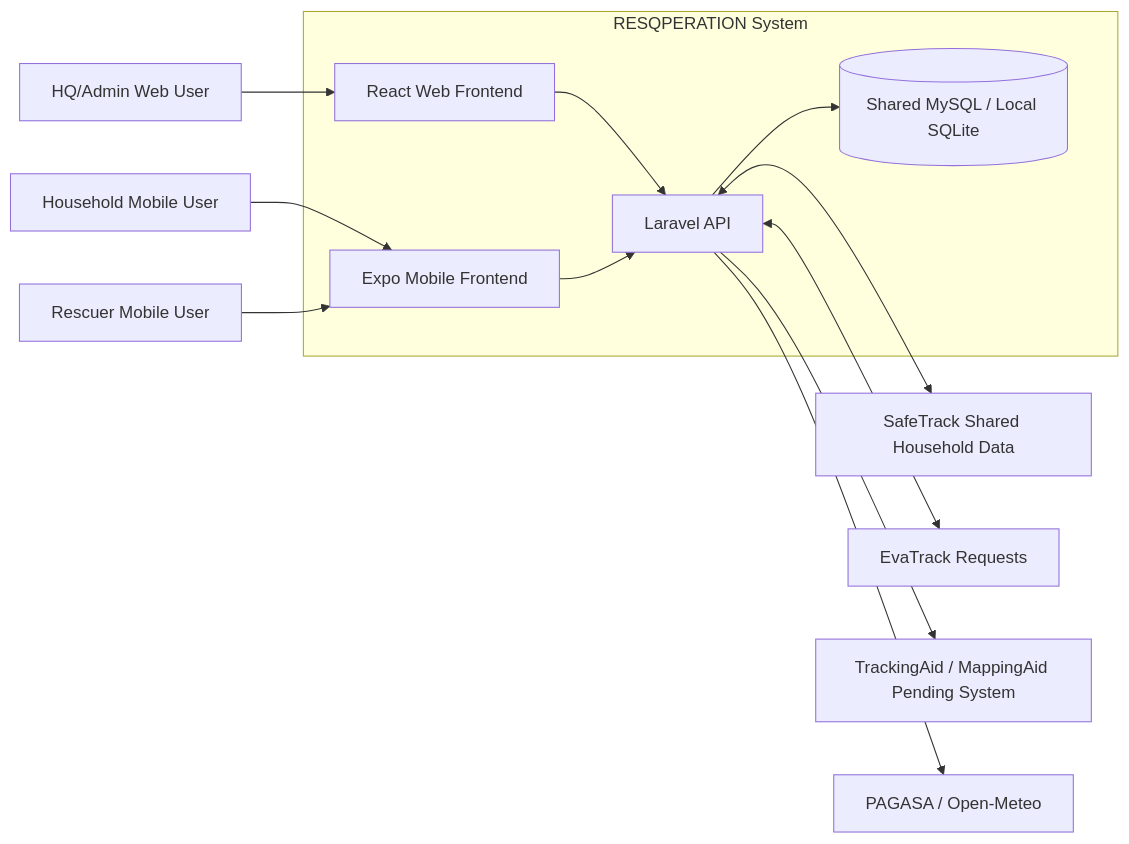
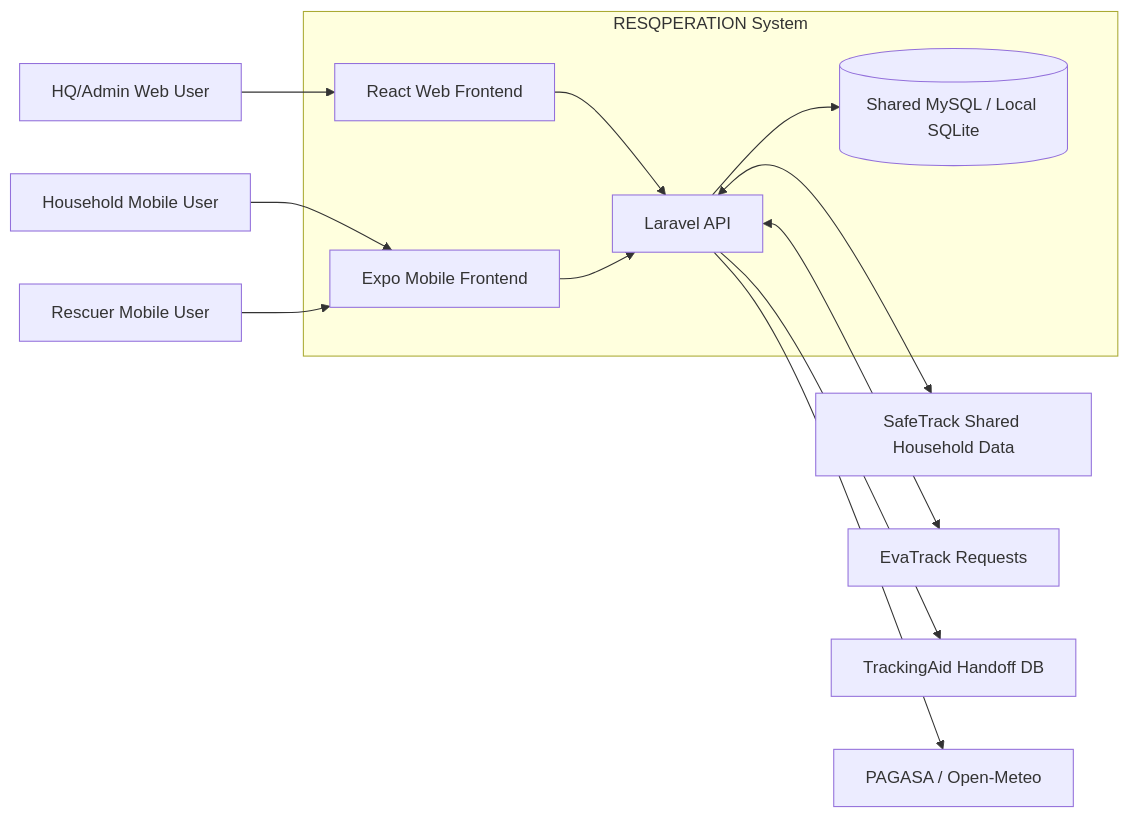
One commit to pyunpyunn/G10-CAPSTONE changed the second of 11 diagrams in docs/RESQPERATION_FINAL_DEFENSE_STUDY_GUIDE_AND_DIAGRAMS.md. Above: the diagram before and after it, drawn with Mermaid. The commit also changed other lines of this file and 85 other files, not shown here.

````diff
--- a/docs/RESQPERATION_FINAL_DEFENSE_STUDY_GUIDE_AND_DIAGRAMS.md
+++ b/docs/RESQPERATION_FINAL_DEFENSE_STUDY_GUIDE_AND_DIAGRAMS.md
@@ -133,28 +133,28 @@
 ```mermaid
 flowchart LR
   Admin[HQ/Admin Web User]
   Household[Household Mobile User]
   Rescuer[Rescuer Mobile User]
   SafeTrack[SafeTrack Shared Household Data]
   EvaTrack[EvaTrack Requests]
-  TrackingAid[TrackingAid / MappingAid Pending System]
+  TrackingAid[TrackingAid Handoff DB]
   Weather[PAGASA / Open-Meteo]
 
   subgraph RESQ[RESQPERATION System]
     Web[React Web Frontend]
     Mobile[Expo Mobile Frontend]
     API[Laravel API]
     DB[(Shared MySQL / Local SQLite)]
   end
 
   Admin --> Web
   Household --> Mobile
   Rescuer --> Mobile
   Web --> API
   Mobile --> API
   API --> DB
   API <--> SafeTrack
   API <--> EvaTrack
   API --> TrackingAid
   API --> Weather
 ```
````
